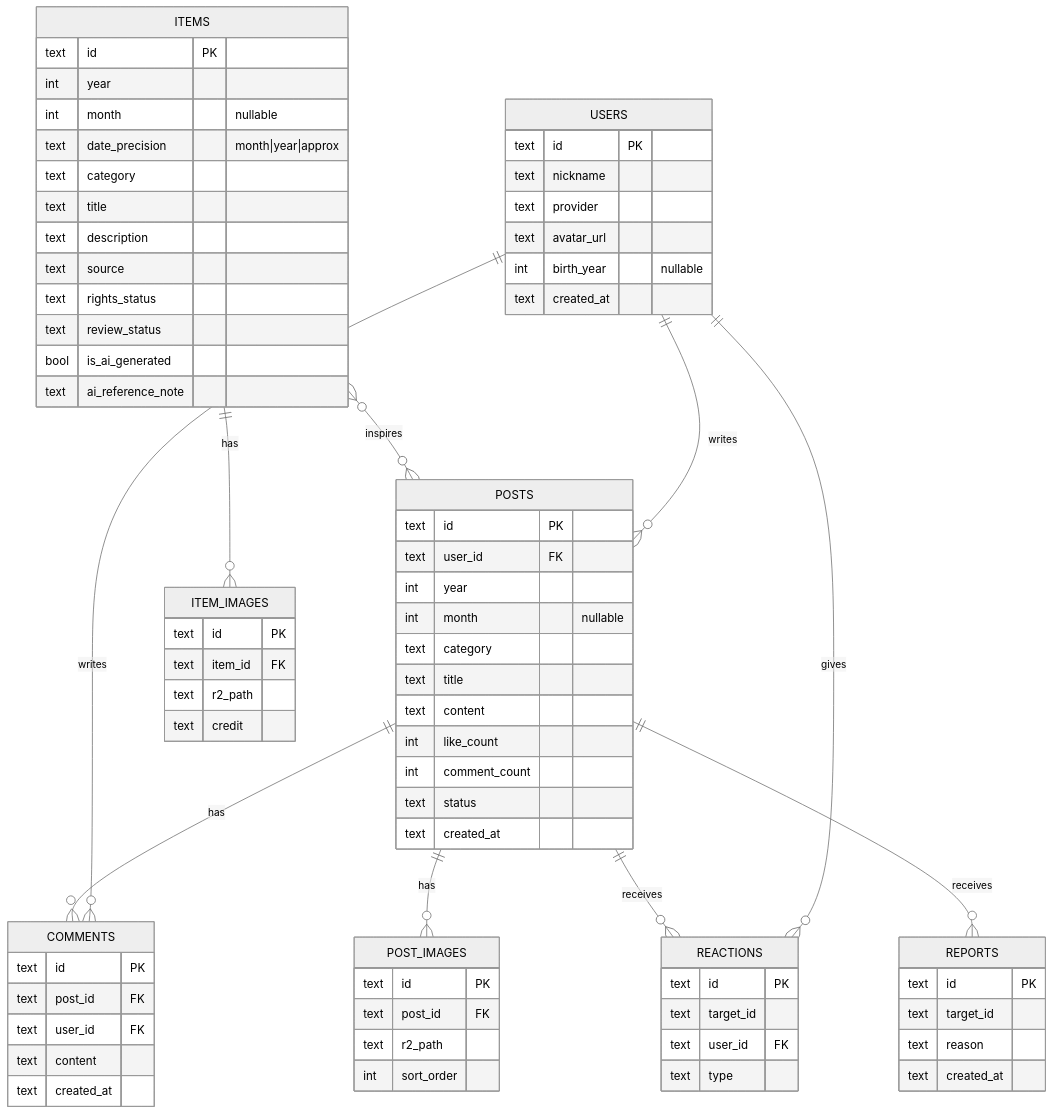
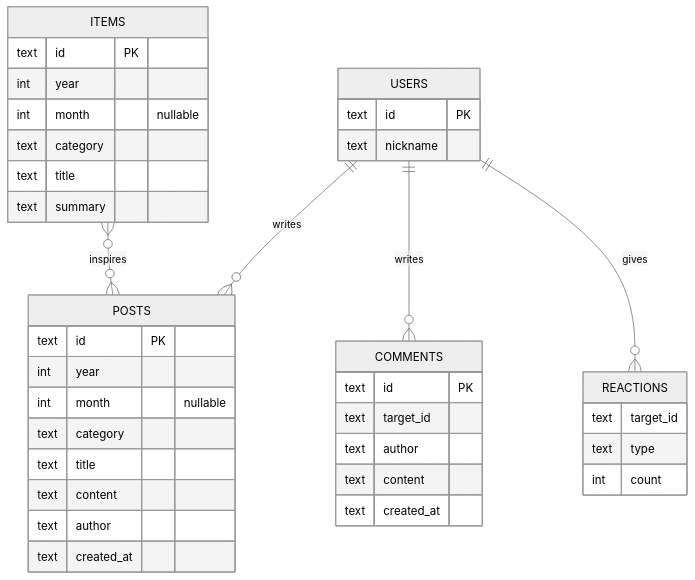
Before and after one commit to JaeHxn/chueok-timemachine: the second of 2 diagrams in 추억타임머신_통합기획설계서.md, drawn with Mermaid (neutral theme). The commit also changed other lines of this file and 11 other files, not shown here.

````diff
--- a/추억타임머신_통합기획설계서.md
+++ b/추억타임머신_통합기획설계서.md
@@ -299,21 +296,13 @@
 ```mermaid
 erDiagram
     USERS ||--o{ POSTS : writes
     USERS ||--o{ COMMENTS : writes
     USERS ||--o{ REACTIONS : gives
-    POSTS ||--o{ POST_IMAGES : has
-    POSTS ||--o{ COMMENTS : has
-    POSTS ||--o{ REACTIONS : receives
-    ITEMS ||--o{ ITEM_IMAGES : has
     ITEMS }o--o{ POSTS : inspires
-    POSTS ||--o{ REPORTS : receives
 
-    USERS { text id PK  text nickname  text provider  text avatar_url  int birth_year "nullable"  text created_at }
-    ITEMS { text id PK  int year  int month "nullable"  text date_precision "month|year|approx"  text category  text title  text description  text source  text rights_status  text review_status  bool is_ai_generated  text ai_reference_note }
-    ITEM_IMAGES { text id PK  text item_id FK  text r2_path  text credit }
-    POSTS { text id PK  text user_id FK  int year  int month "nullable"  text category  text title  text content  int like_count  int comment_count  text status  text created_at }
-    POST_IMAGES { text id PK  text post_id FK  text r2_path  int sort_order }
-    COMMENTS { text id PK  text post_id FK  text user_id FK  text content  text created_at }
-    REACTIONS { text id PK  text target_id  text user_id FK  text type }
-    REPORTS { text id PK  text target_id  text reason  text created_at }
+    USERS { text id PK  text nickname }
+    ITEMS { text id PK  int year  int month "nullable"  text category  text title  text summary }
+    POSTS { text id PK  int year  int month "nullable"  text category  text title  text content  text author  text created_at }
+    COMMENTS { text id PK  text target_id  text author  text content  text created_at }
+    REACTIONS { text target_id  text type  int count }
 ```
````
